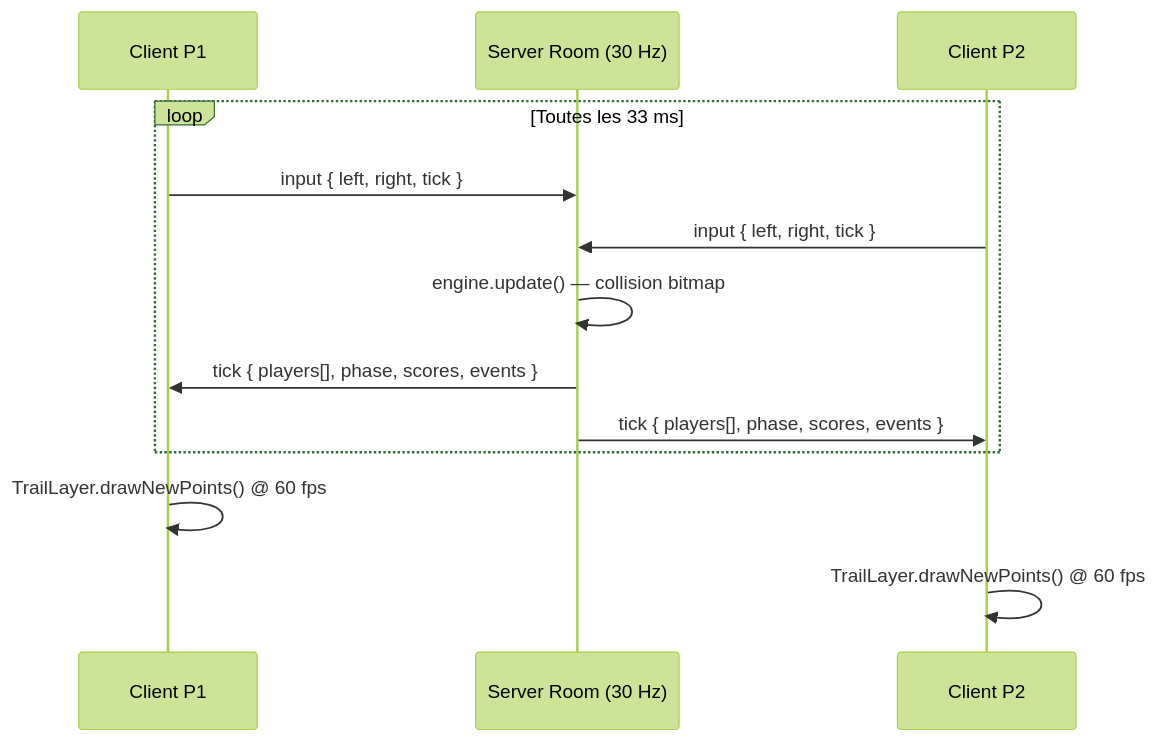
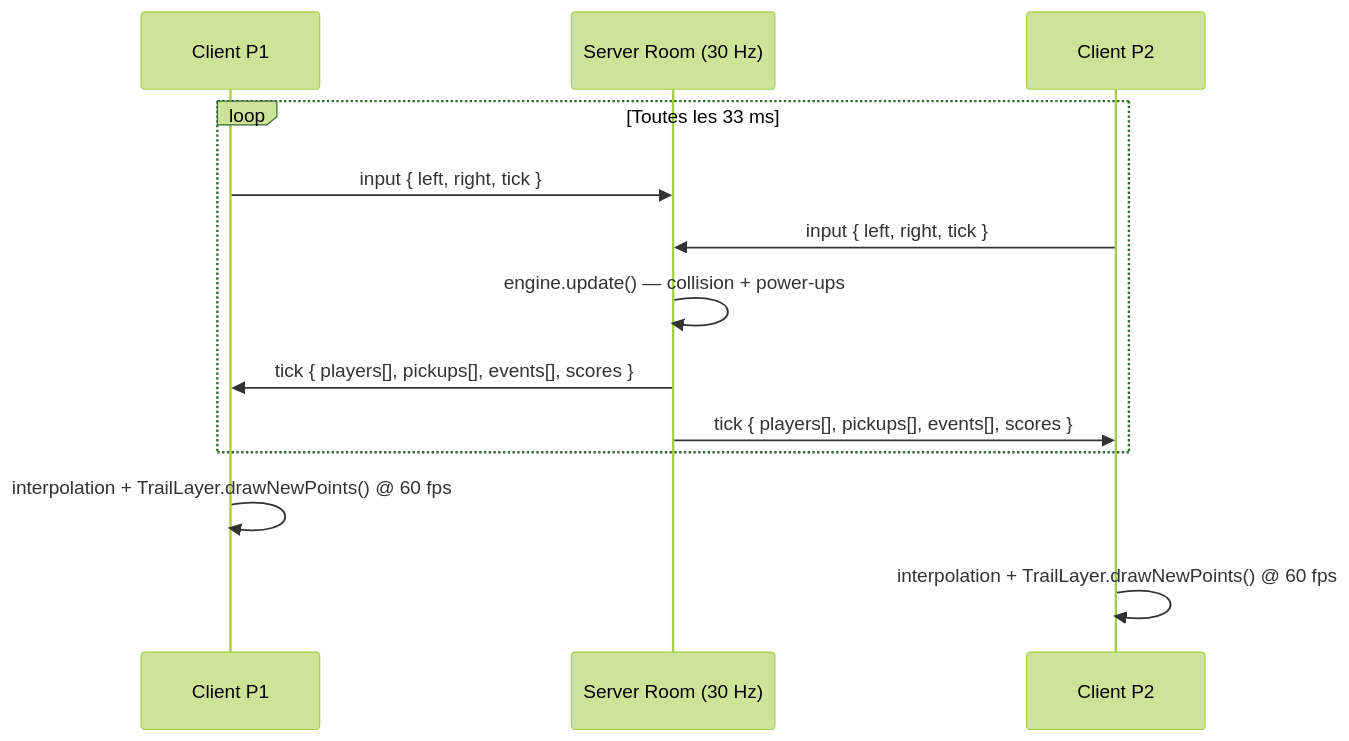
The second of 4 diagrams in README.md (artkabis/crazycurve), drawn with Mermaid (forest theme) before and after one commit. The commit also changed other lines of this file, not shown here.

First line of the commit message:
docs: update README — Phase 3 complete (power-ups, HUD, audio, interpolation)

````diff
--- a/README.md
+++ b/README.md
@@ -76,16 +79,16 @@
 ```mermaid
 sequenceDiagram
     participant C1 as Client P1
     participant SRV as Server Room (30 Hz)
     participant C2 as Client P2
 
     loop Toutes les 33 ms
         C1->>SRV: input { left, right, tick }
         C2->>SRV: input { left, right, tick }
-        SRV->>SRV: engine.update() — collision bitmap
-        SRV->>C1: tick { players[], phase, scores, events }
-        SRV->>C2: tick { players[], phase, scores, events }
+        SRV->>SRV: engine.update() — collision + power-ups
+        SRV->>C1: tick { players[], pickups[], events[], scores }
+        SRV->>C2: tick { players[], pickups[], events[], scores }
     end
-    C1->>C1: TrailLayer.drawNewPoints() @ 60 fps
-    C2->>C2: TrailLayer.drawNewPoints() @ 60 fps
+    C1->>C1: interpolation + TrailLayer.drawNewPoints() @ 60 fps
+    C2->>C2: interpolation + TrailLayer.drawNewPoints() @ 60 fps
 ```
````
